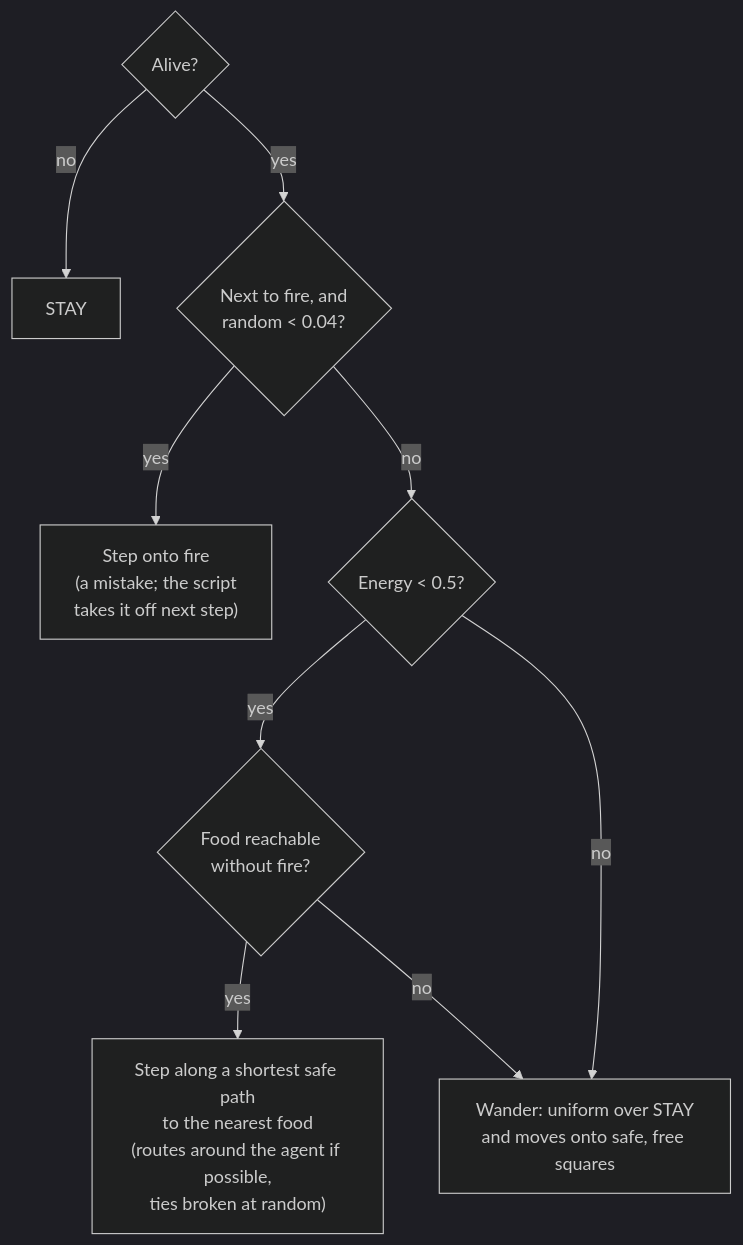
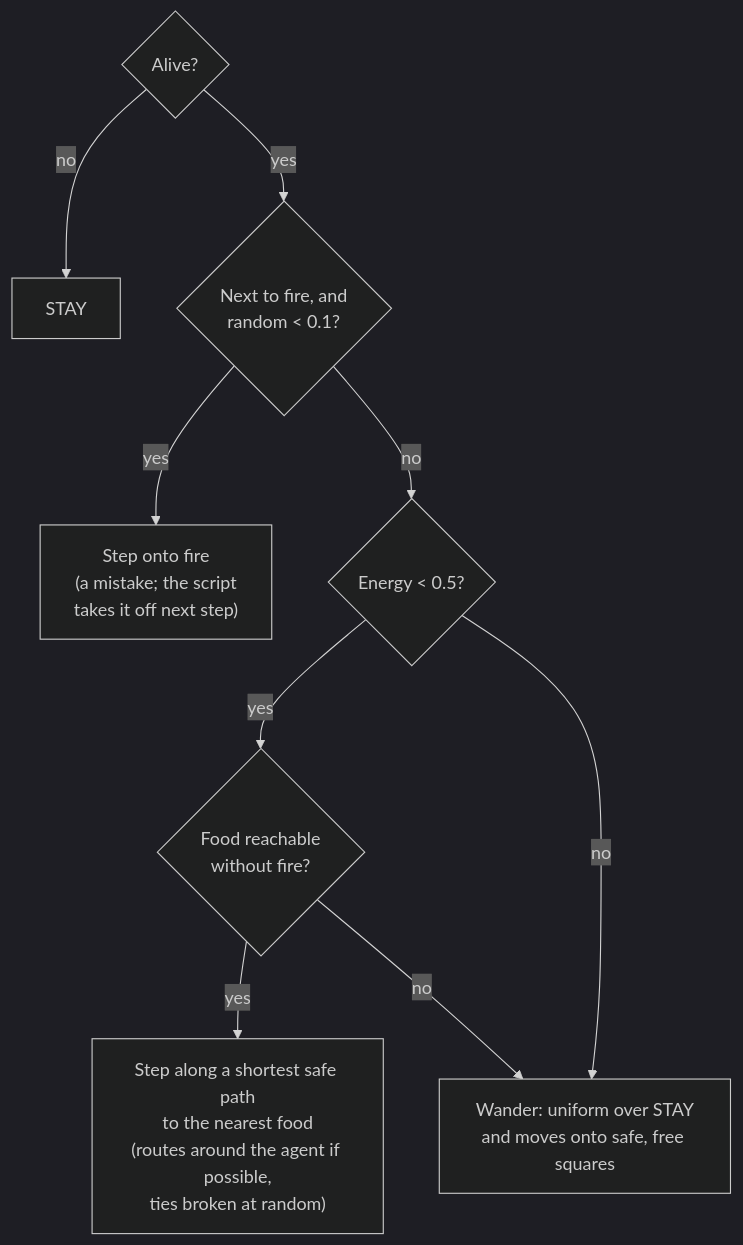
The fourth of 9 diagrams in README.md (arena-v9/homeostasis), drawn with Mermaid (dark theme) before and after one commit. The commit also changed other lines of this file and 30 other files, not shown here.

````diff
--- a/README.md
+++ b/README.md
@@ -213,11 +192,11 @@
 ```mermaid
 flowchart TD
     A{"Alive?"} -- no --> STAY["STAY"]
-    A -- yes --> M{"Next to fire, and<br/>random < 0.04?"}
+    A -- yes --> M{"Next to fire, and<br/>random < 0.1?"}
     M -- yes --> FIRE["Step onto fire<br/>(a mistake; the script<br/>takes it off next step)"]
     M -- no --> H{"Energy < 0.5?"}
     H -- yes --> PATH{"Food reachable<br/>without fire?"}
     PATH -- yes --> GO["Step along a shortest safe path<br/>to the nearest food<br/>(routes around the agent if possible,<br/>ties broken at random)"]
     PATH -- no --> W
     H -- no --> W["Wander: uniform over STAY<br/>and moves onto safe, free squares"]
 ```
````
